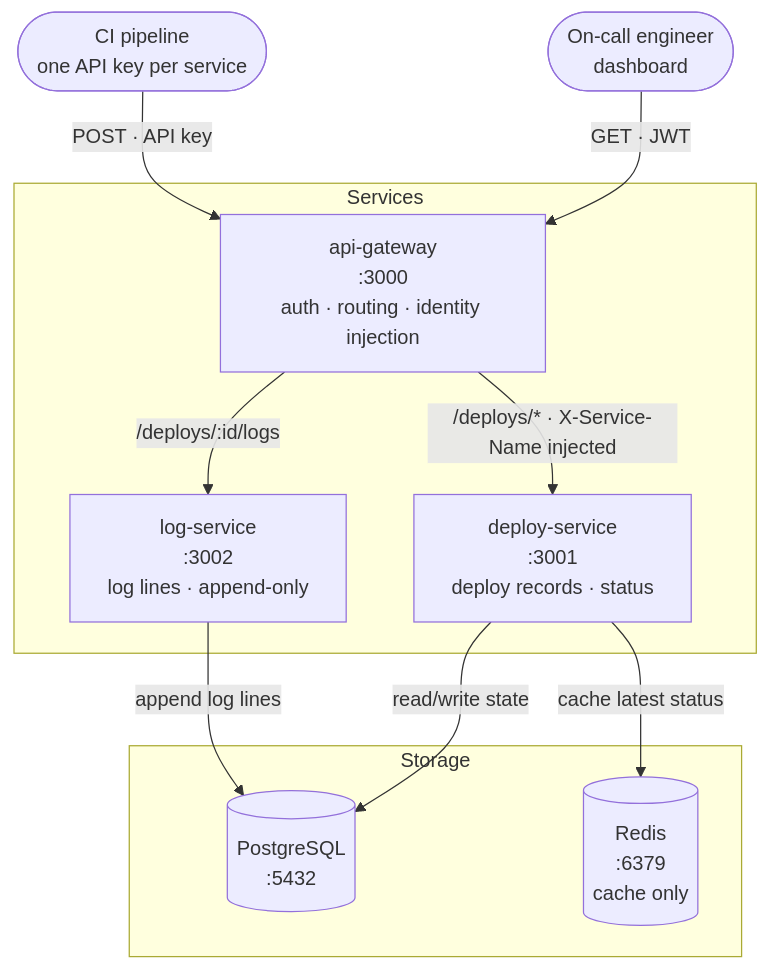
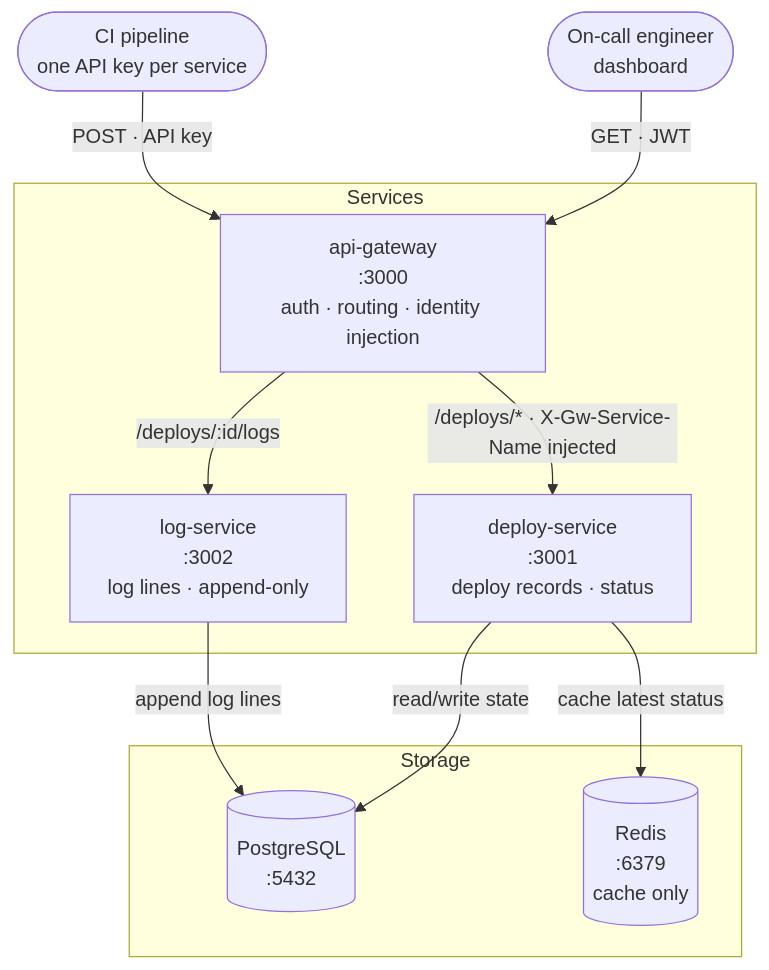
Before and after one commit to proops2026-deploy-status-checker/docs: the diagram in architecture.md, drawn with Mermaid.

Commit message:
Day 09 — docs: align diagram with settled header prefix X-Gw-*

````diff
--- a/architecture.md
+++ b/architecture.md
@@ -17,24 +17,24 @@
 ```mermaid
 graph TD
   OnCall([On-call engineer<br/>dashboard])
   CI([CI pipeline<br/>one API key per service])
 
   subgraph Services
     GW[api-gateway<br/>:3000<br/>auth · routing · identity injection]
     DS[deploy-service<br/>:3001<br/>deploy records · status]
     LS[log-service<br/>:3002<br/>log lines · append-only]
   end
 
   subgraph Storage
     PG[(PostgreSQL<br/>:5432)]
     RD[(Redis<br/>:6379<br/>cache only)]
   end
 
   OnCall -->|GET · JWT| GW
   CI -->|POST · API key| GW
-  GW -->|"/deploys/* · X-Service-Name injected"| DS
+  GW -->|"/deploys/* · X-Gw-Service-Name injected"| DS
   GW -->|"/deploys/:id/logs"| LS
   DS -->|read/write state| PG
   LS -->|append log lines| PG
   DS -->|cache latest status| RD
 ```
````
